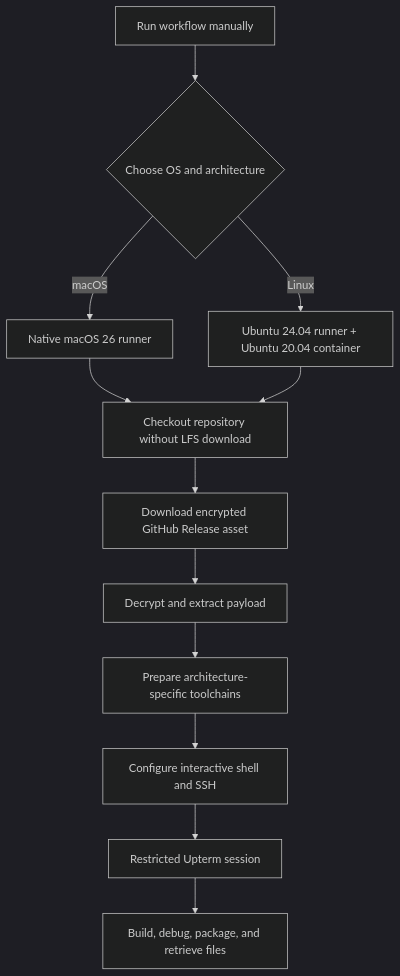
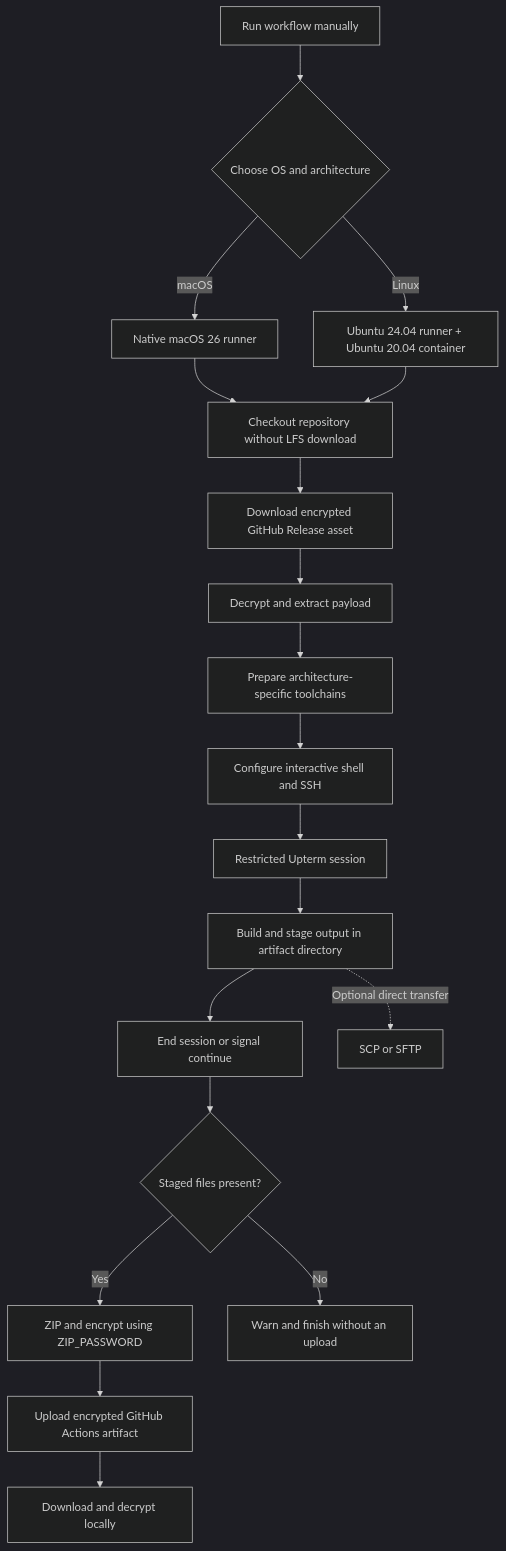
Before and after one commit to jgfPereira/unix-runner: the first of 2 diagrams in README.md, drawn with Mermaid (dark theme). The commit also changed other lines of this file and 4 other files, not shown here.

Commit message:
Added upload artifacts step to all workflows (better alternative to manually copying via scp)

````diff
--- a/README.md
+++ b/README.md
@@ -54,14 +55,21 @@
 ```mermaid
 flowchart TD
     A[Run workflow manually] --> B{Choose OS and architecture}
     B -->|macOS| C[Native macOS 26 runner]
     B -->|Linux| D[Ubuntu 24.04 runner + Ubuntu 20.04 container]
     C --> E[Checkout repository without LFS download]
     D --> E
     E --> F[Download encrypted GitHub Release asset]
     F --> G[Decrypt and extract payload]
     G --> H[Prepare architecture-specific toolchains]
     H --> I[Configure interactive shell and SSH]
     I --> J[Restricted Upterm session]
-    J --> K[Build, debug, package, and retrieve files]
+    J --> K[Build and stage output in artifact directory]
+    K --> L[End session or signal continue]
+    L --> M{Staged files present?}
+    M -->|Yes| N[ZIP and encrypt using ZIP_PASSWORD]
+    N --> O[Upload encrypted GitHub Actions artifact]
+    O --> P[Download and decrypt locally]
+    M -->|No| Q[Warn and finish without an upload]
+    K -. Optional direct transfer .-> R[SCP or SFTP]
 ```
````
